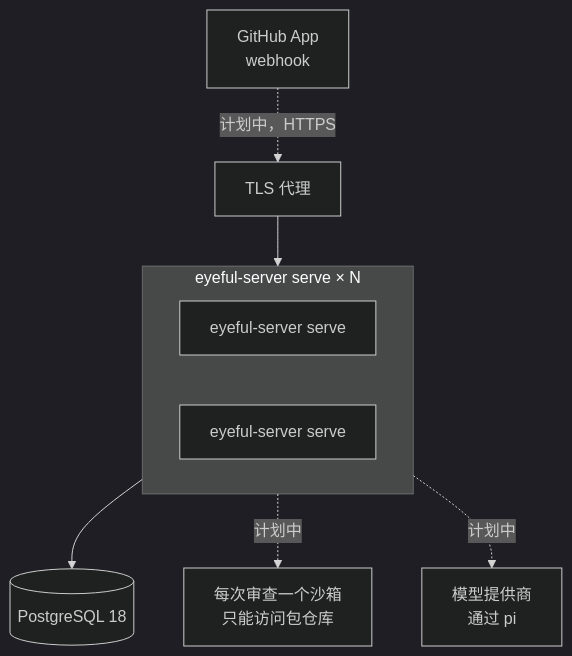
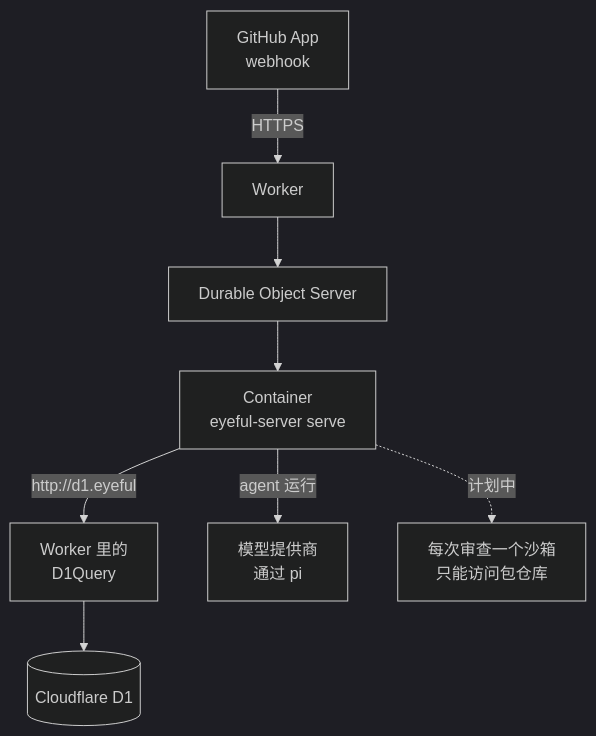
Before and after one commit to Pleasurecruise/eyeful: the first of 2 diagrams in docs/zh/cloud/DEPLOYMENT.md, drawn with Mermaid (dark theme). The commit also changed other lines of this file and 96 other files, not shown here.

First line of the commit message:
feat!: admit reviews through a GitHub App and keep them in D1

````diff
--- a/docs/zh/cloud/DEPLOYMENT.md
+++ b/docs/zh/cloud/DEPLOYMENT.md
@@ -21,12 +20,10 @@
 ```mermaid
 flowchart TB
-    gh["GitHub App<br/>webhook"] -.->|计划中，HTTPS| proxy["TLS 代理"]
-    proxy --> servers
-    subgraph servers["eyeful-server serve × N"]
-        s1["eyeful-server serve"]
-        s2["eyeful-server serve"]
-    end
-    servers --> pg[("PostgreSQL 18")]
-    servers -.->|计划中| sandbox["每次审查一个沙箱<br/>只能访问包仓库"]
-    servers -.->|计划中| models["模型提供商<br/>通过 pi"]
+    gh["GitHub App<br/>webhook"] -->|HTTPS| worker["Worker"]
+    worker --> do["Durable Object Server"]
+    do --> server["Container<br/>eyeful-server serve"]
+    server -->|"http://d1.eyeful"| proxy["Worker 里的<br/>D1Query"]
+    proxy --> d1[("Cloudflare D1")]
+    server -->|agent 运行| models["模型提供商<br/>通过 pi"]
+    server -.->|计划中| sandbox["每次审查一个沙箱<br/>只能访问包仓库"]
 ```
````
